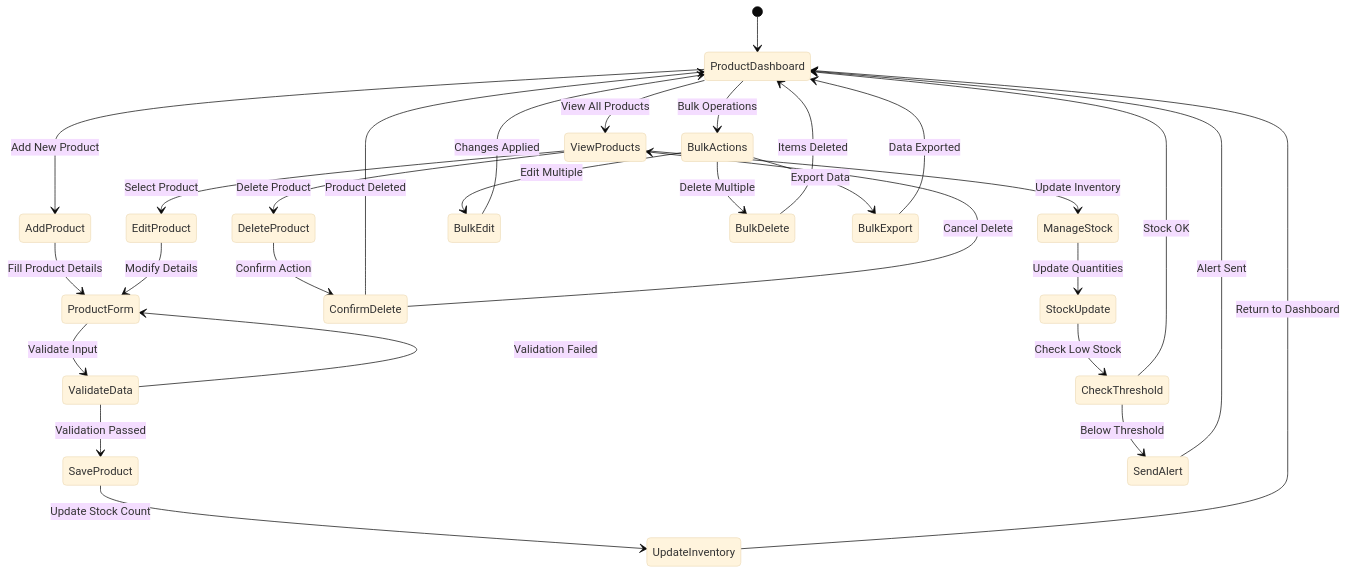
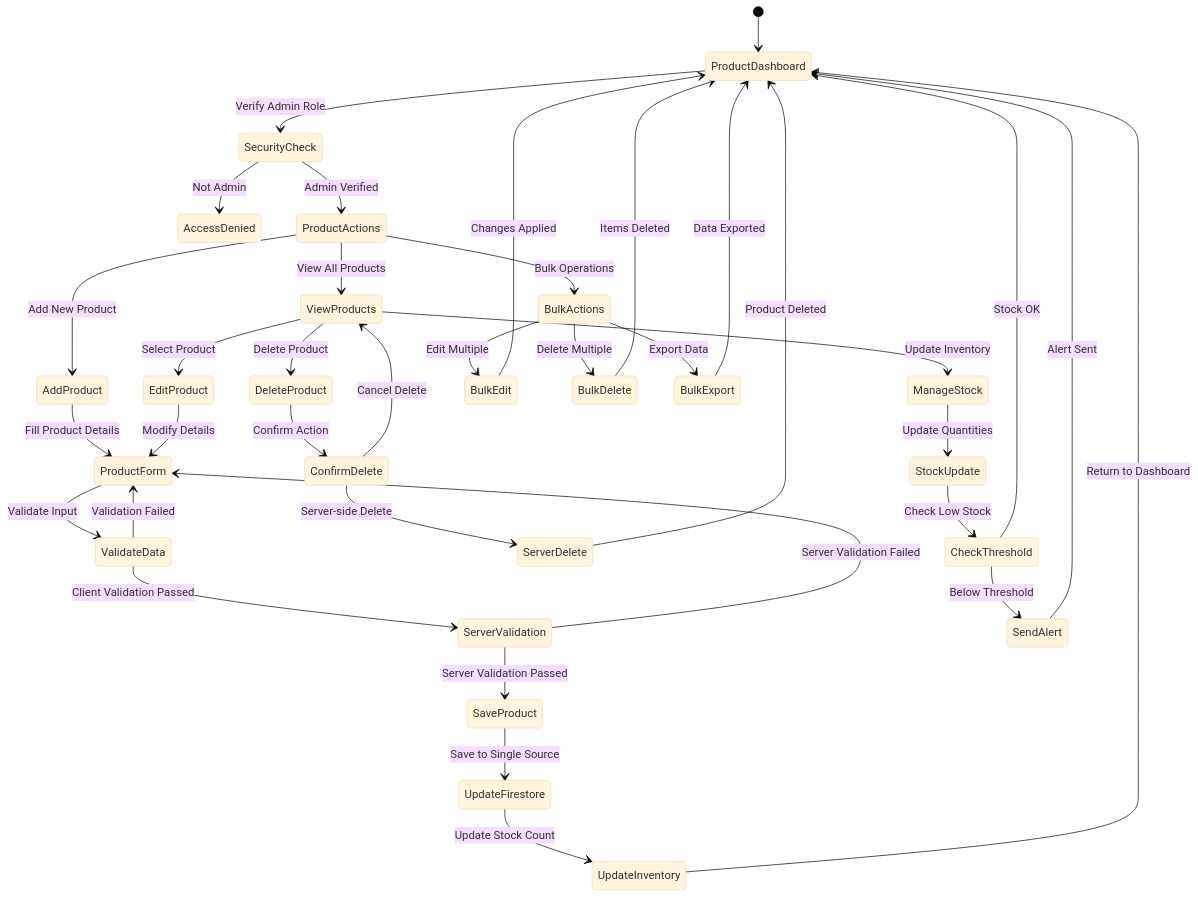
One commit to anathema43/diamo changed the second of 4 diagrams in ADMIN_FLOW_DIAGRAM.md. Above: the diagram before and after it, drawn with Mermaid (base theme). The commit also changed other lines of this file and 11 other files, not shown here.

Commit message:
Update All Documentation with Security Fixes and Current State

````diff
--- a/ADMIN_FLOW_DIAGRAM.md
+++ b/ADMIN_FLOW_DIAGRAM.md
@@ -38,39 +49,47 @@
 ```mermaid
 stateDiagram-v2
     [*] --> ProductDashboard
     
-    ProductDashboard --> ViewProducts: View All Products
-    ProductDashboard --> AddProduct: Add New Product
-    ProductDashboard --> BulkActions: Bulk Operations
+    ProductDashboard --> SecurityCheck: Verify Admin Role
+    SecurityCheck --> AccessDenied: Not Admin
+    SecurityCheck --> ProductActions: Admin Verified
+    
+    ProductActions --> ViewProducts: View All Products
+    ProductActions --> AddProduct: Add New Product
+    ProductActions --> BulkActions: Bulk Operations
     
     ViewProducts --> EditProduct: Select Product
     ViewProducts --> DeleteProduct: Delete Product
     ViewProducts --> ManageStock: Update Inventory
     
     AddProduct --> ProductForm: Fill Product Details
     EditProduct --> ProductForm: Modify Details
     
     ProductForm --> ValidateData: Validate Input
     ValidateData --> ProductForm: Validation Failed
-    ValidateData --> SaveProduct: Validation Passed
+    ValidateData --> ServerValidation: Client Validation Passed
+    ServerValidation --> SaveProduct: Server Validation Passed
+    ServerValidation --> ProductForm: Server Validation Failed
     
-    SaveProduct --> UpdateInventory: Update Stock Count
+    SaveProduct --> UpdateFirestore: Save to Single Source
+    UpdateFirestore --> UpdateInventory: Update Stock Count
     UpdateInventory --> ProductDashboard: Return to Dashboard
     
     DeleteProduct --> ConfirmDelete: Confirm Action
-    ConfirmDelete --> ProductDashboard: Product Deleted
+    ConfirmDelete --> ServerDelete: Server-side Delete
+    ServerDelete --> ProductDashboard: Product Deleted
     ConfirmDelete --> ViewProducts: Cancel Delete
     
     ManageStock --> StockUpdate: Update Quantities
     StockUpdate --> CheckThreshold: Check Low Stock
     CheckThreshold --> SendAlert: Below Threshold
     CheckThreshold --> ProductDashboard: Stock OK
     SendAlert --> ProductDashboard: Alert Sent
     
     BulkActions --> BulkEdit: Edit Multiple
     BulkActions --> BulkDelete: Delete Multiple
     BulkActions --> BulkExport: Export Data
     BulkEdit --> ProductDashboard: Changes Applied
     BulkDelete --> ProductDashboard: Items Deleted
     BulkExport --> ProductDashboard: Data Exported
 ```
````
